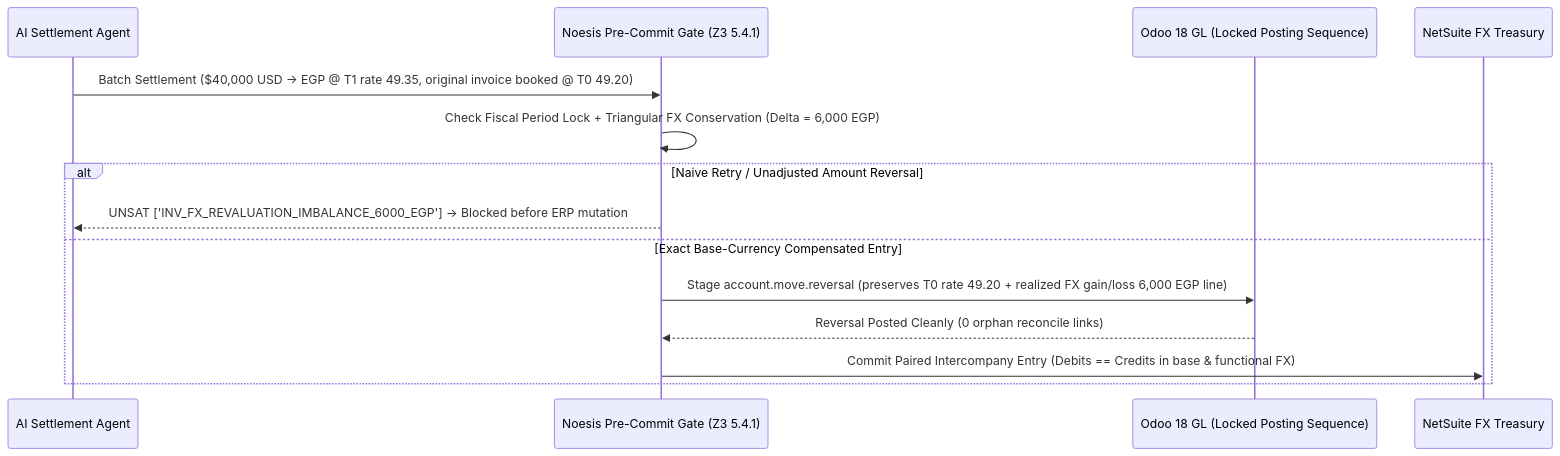
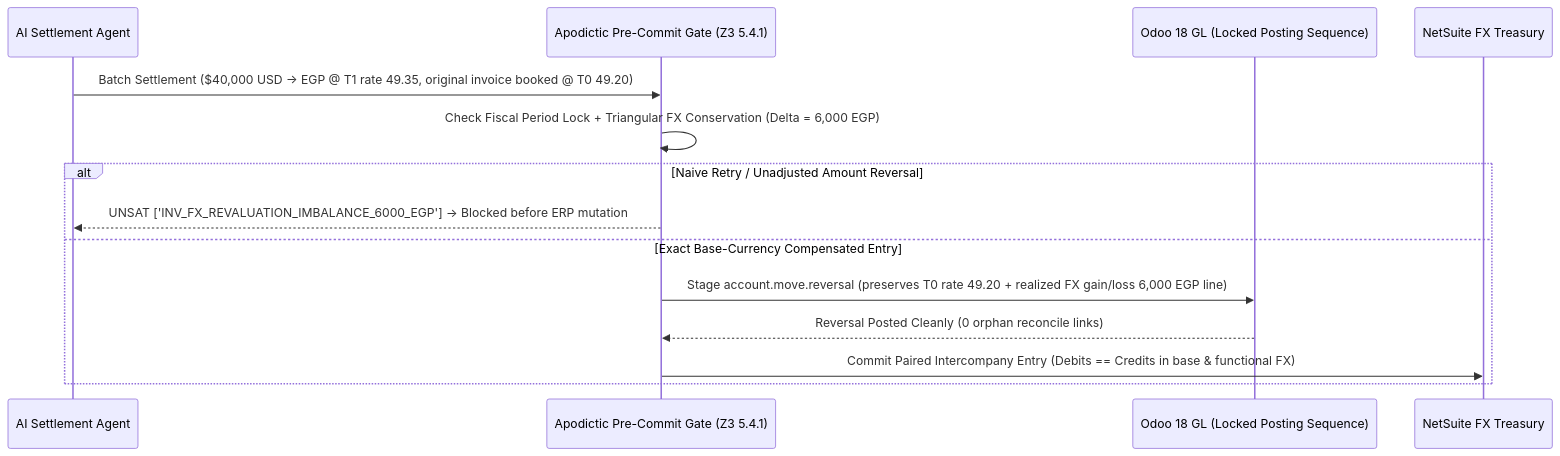
The diagram in gists/06-domain-secrets-erp-split-brain/01-SHADOW-REVERSAL-SEQUENCE.mermaid (sofiantarek2009-hash/apodictic-verified-proofs), drawn with Mermaid before and after one commit. The commit also changed 61 other files, not shown here.

Commit message:
v3.9.0: Sync 10 verified Z3 & Odoo 20 proof bundles, zero-Python Z3 WASM SDK & MCP verifier, and remove legacy Noesis references

```diff
--- a/gists/06-domain-secrets-erp-split-brain/01-SHADOW-REVERSAL-SEQUENCE.mermaid
+++ b/gists/06-domain-secrets-erp-split-brain/01-SHADOW-REVERSAL-SEQUENCE.mermaid
@@ -1,16 +1,16 @@
 sequenceDiagram
     participant Agent as AI Settlement Agent
-    participant Noesis as Noesis Pre-Commit Gate (Z3 5.4.1)
+    participant Apodictic as Apodictic Pre-Commit Gate (Z3 5.4.1)
     participant Odoo as Odoo 18 GL (Locked Posting Sequence)
     participant NetSuite as NetSuite FX Treasury
 
-    Agent->>Noesis: Batch Settlement ($40,000 USD -> EGP @ T1 rate 49.35, original invoice booked @ T0 49.20)
-    Noesis->>Noesis: Check Fiscal Period Lock + Triangular FX Conservation (Delta = 6,000 EGP)
+    Agent->>Apodictic: Batch Settlement ($40,000 USD -> EGP @ T1 rate 49.35, original invoice booked @ T0 49.20)
+    Apodictic->>Apodictic: Check Fiscal Period Lock + Triangular FX Conservation (Delta = 6,000 EGP)
 
     alt Naive Retry / Unadjusted Amount Reversal
-        Noesis-->>Agent: UNSAT ['INV_FX_REVALUATION_IMBALANCE_6000_EGP'] -> Blocked before ERP mutation
+        Apodictic-->>Agent: UNSAT ['INV_FX_REVALUATION_IMBALANCE_6000_EGP'] -> Blocked before ERP mutation
     else Exact Base-Currency Compensated Entry
-        Noesis->>Odoo: Stage account.move.reversal (preserves T0 rate 49.20 + realized FX gain/loss 6,000 EGP line)
-        Odoo-->>Noesis: Reversal Posted Cleanly (0 orphan reconcile links)
-        Noesis->>NetSuite: Commit Paired Intercompany Entry (Debits == Credits in base & functional FX)
+        Apodictic->>Odoo: Stage account.move.reversal (preserves T0 rate 49.20 + realized FX gain/loss 6,000 EGP line)
+        Odoo-->>Apodictic: Reversal Posted Cleanly (0 orphan reconcile links)
+        Apodictic->>NetSuite: Commit Paired Intercompany Entry (Debits == Credits in base & functional FX)
     end
```
